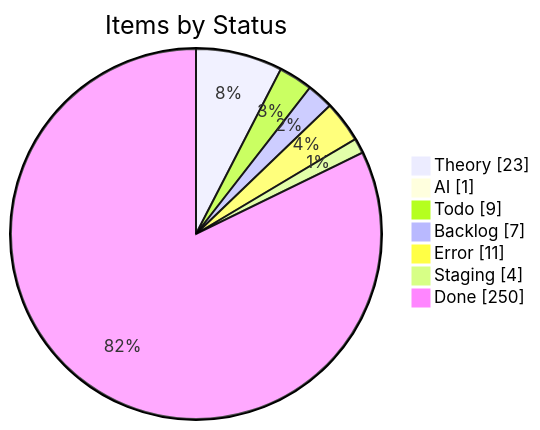
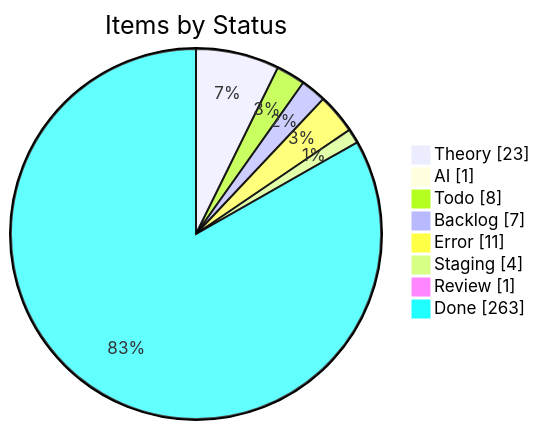
The first of 4 diagrams in apps/kbve/astro-kbve/src/content/docs/dashboard/kanban-data.mdx (KBVE/kbve), drawn with Mermaid before and after one commit. The commit also changed other lines of this file and 8 other files, not shown here.

````diff
--- a/apps/kbve/astro-kbve/src/content/docs/dashboard/kanban-data.mdx
+++ b/apps/kbve/astro-kbve/src/content/docs/dashboard/kanban-data.mdx
@@ -55,11 +55,12 @@
 ```mermaid
 pie showData
     title Items by Status
     "Theory" : 23
     "AI" : 1
-    "Todo" : 9
+    "Todo" : 8
     "Backlog" : 7
     "Error" : 11
     "Staging" : 4
-    "Done" : 250
+    "Review" : 1
+    "Done" : 263
 ```
````
